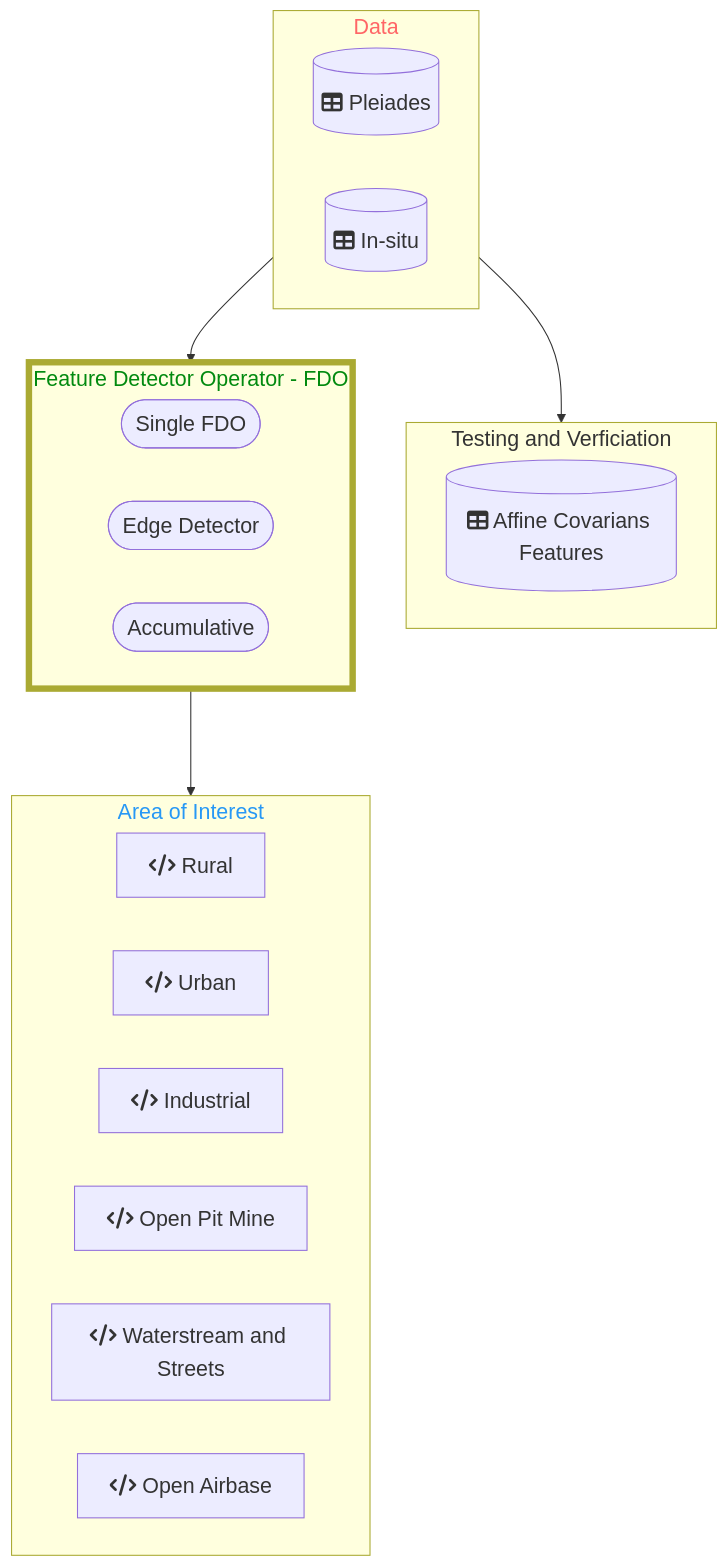
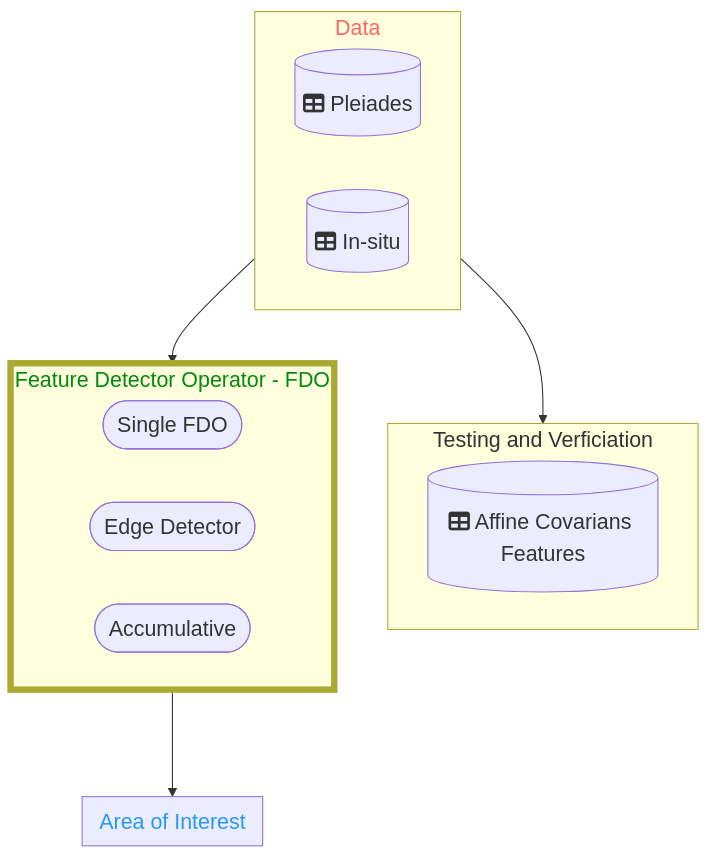
One commit to DippoldEJ/Feature-Detection-and-Explanation changed the diagram in Application/README.md. Above: the diagram before and after it, drawn with Mermaid.

````diff
--- a/Application/README.md
+++ b/Application/README.md
@@ -13,45 +13,38 @@
 ```mermaid
 flowchart TD;
 %%{init: {
 	'themeVariables': { 'fontSize': '20px', 'fontFamily': 'Didot'}
 	}
 }%%
 
  subgraph n[Data]
         direction LR
         h[(fa:fa-table Pleiades)]
 		s[(fa:fa-table In-situ)]
     end
 
  subgraph q[Testing and Verficiation]
         direction LR
         r[(fa:fa-table Affine Covarians Features)]
     end
 
  subgraph o[Feature Detector Operator - FDO]
         direction LR
         j([Single FDO])
         k([Edge Detector])
         m([Accumulative])
     end
 
 subgraph p[Area of Interest]
-    direction LR
-    a[fa:fa-code Rural]
-    b[fa:fa-code Urban]
-    c[fa:fa-code Industrial]
-    d[fa:fa-code Open Pit Mine]
-    e[fa:fa-code Waterstream and Streets]
-    f[fa:fa-code Open Airbase]
     end
 
 style n color:#f66
 style o stroke-width:6px
 style o color:#028A0F
 style p color:#2798F5
 
 n-->o
 o-->p
 n-->q
 
 ```
````
